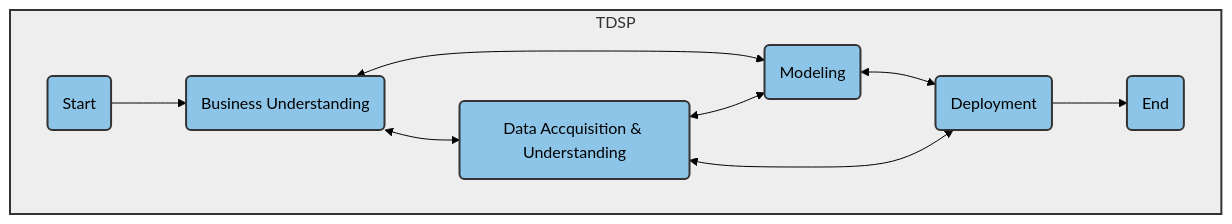
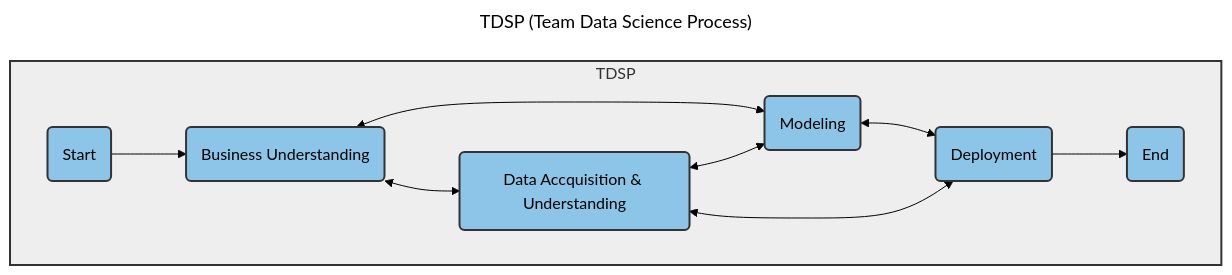
The second of 6 diagrams in srcsite/03_workflow/034_workflow_management_concepts.md (imarranz/data-science-workflow-management), drawn with Mermaid (forest theme) before and after one commit. The commit also changed other lines of this file and 1 other file, not shown here.

````diff
--- a/srcsite/03_workflow/034_workflow_management_concepts.md
+++ b/srcsite/03_workflow/034_workflow_management_concepts.md
@@ -64,33 +67,37 @@
 ```mermaid
+---
+title: TDSP (Team Data Science Process)
+---
 graph TD
 
+    %% Definición del subgrafo y estilo
     subgraph TDSP
         style TDSP fill:#EEEEEE, stroke:#333, stroke-width:2px
 
+        %% Definición de los nodos
         A(Start)
         B(Business Understanding)
         C(Data Accquisition & Understanding)
         D(Modeling)
         E(Deployment)
         F(End)
 
-
+        %% Conexiones entre nodos
         A --> B
         B <--> C
-
         B <--> D
-
         C <--> D
-
         D <--> E
-
         E <--> C
-
         E --> F
     end
 
+    %% Definición de estilo personalizado para los nodos
     classDef miestilo fill:#8dc5e8,stroke:#333,stroke-width:2px
+    classDef subgraphTitle fill:#ffffff,stroke:#333,stroke-width:0px,font-size:16px
+
+    %% Aplicación del estilo personalizado a los nodos
     class A,B,C,D,E,F miestilo
 
 
 ```
````
